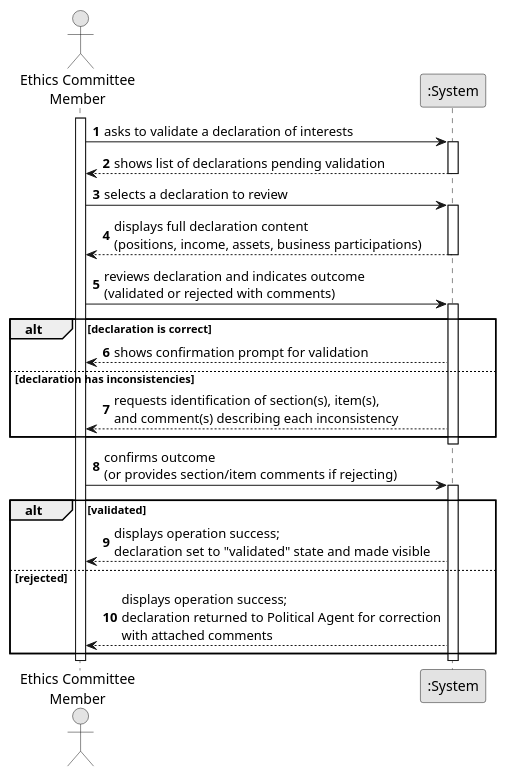
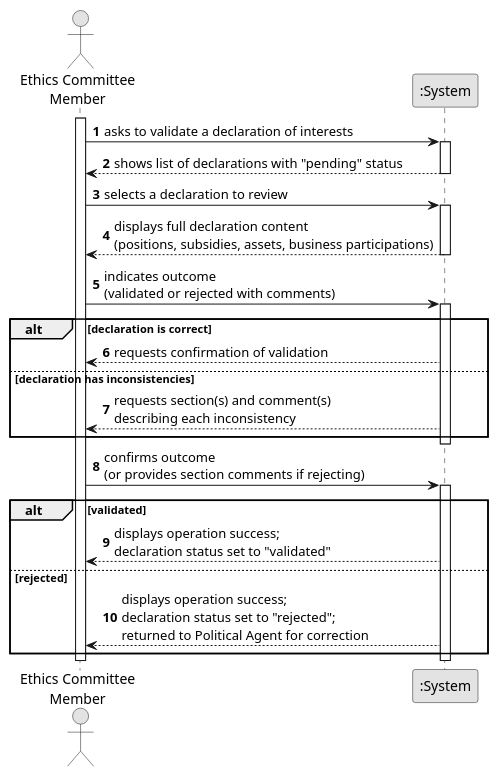
Before and after one commit to brunodspinto/crystal-clear-platform: the diagram in docs/system-documentation/US08/01.requirements-engineering/puml/US08-SSD.puml, drawn with PlantUML. The commit also changed 11 other files, not shown here.

```diff
--- a/docs/system-documentation/US08/01.requirements-engineering/puml/US08-SSD.puml
+++ b/docs/system-documentation/US08/01.requirements-engineering/puml/US08-SSD.puml
@@ -1,47 +1,47 @@
 @startuml
 skinparam monochrome true
 skinparam packageStyle rectangle
 skinparam shadowing false
 
 autonumber
 
 actor "Ethics Committee\nMember" as Member
 participant ":System" as System
 
 activate Member
 
     Member -> System : asks to validate a declaration of interests
     activate System
 
-        System --> Member : shows list of declarations pending validation
+        System --> Member : shows list of declarations with "pending" status
     deactivate System
 
     Member -> System : selects a declaration to review
     activate System
 
-        System --> Member : displays full declaration content\n(positions, income, assets, business participations)
+        System --> Member : displays full declaration content\n(positions, subsidies, assets, business participations)
     deactivate System
 
-    Member -> System : reviews declaration and indicates outcome\n(validated or rejected with comments)
+    Member -> System : indicates outcome\n(validated or rejected with comments)
     activate System
 
         alt declaration is correct
-            System --> Member : shows confirmation prompt for validation
+            System --> Member : requests confirmation of validation
         else declaration has inconsistencies
-            System --> Member : requests identification of section(s), item(s),\nand comment(s) describing each inconsistency
+            System --> Member : requests section(s) and comment(s)\ndescribing each inconsistency
         end
     deactivate System
 
-    Member -> System : confirms outcome\n(or provides section/item comments if rejecting)
+    Member -> System : confirms outcome\n(or provides section comments if rejecting)
     activate System
 
         alt validated
-            System --> Member : displays operation success;\ndeclaration set to "validated" state and made visible
+            System --> Member : displays operation success;\ndeclaration status set to "validated"
         else rejected
-            System --> Member : displays operation success;\ndeclaration returned to Political Agent for correction\nwith attached comments
+            System --> Member : displays operation success;\ndeclaration status set to "rejected";\nreturned to Political Agent for correction
         end
     deactivate System
 
 deactivate Member
 
 @enduml
```
